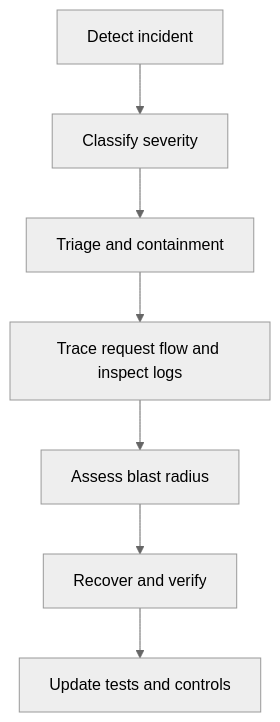
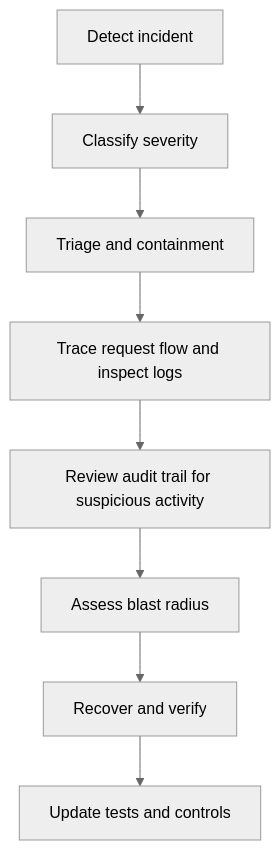
One commit to debian777/kairos-mcp changed the fourth of 5 diagrams in .qoder/repowiki/en/content/Security Considerations.md. Above: the diagram before and after it, drawn with Mermaid (neutral theme). The commit also changed other lines of this file and 5 other files, not shown here.

````diff
--- a/.qoder/repowiki/en/content/Security Considerations.md
+++ b/.qoder/repowiki/en/content/Security Considerations.md
@@ -227,9 +321,10 @@
 ```mermaid
 flowchart TD
 Detect["Detect incident"] --> Classify["Classify severity"]
 Classify --> Triage["Triage and containment"]
 Triage --> Trace["Trace request flow and inspect logs"]
-Trace --> Assess["Assess blast radius"]
+Trace --> AuditTrail["Review audit trail for suspicious activity"]
+AuditTrail --> Assess["Assess blast radius"]
 Assess --> Recover["Recover and verify"]
 Recover --> Lessons["Update tests and controls"]
 ```
````
